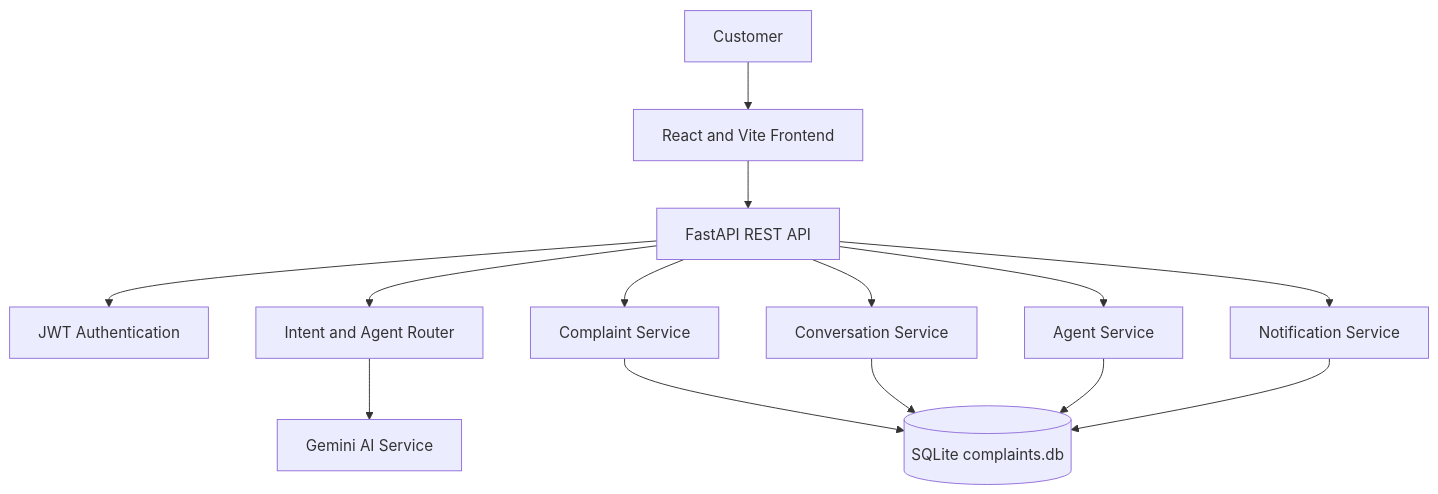
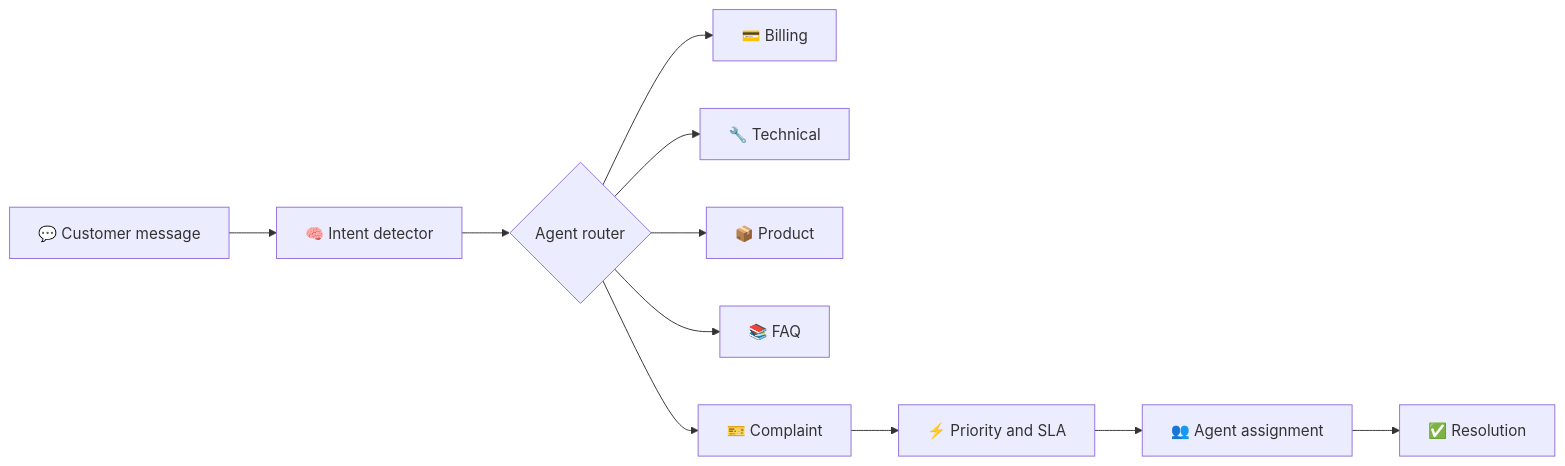
The diagram in README.md (kalavanthulasekhar/customer-support-ai), drawn with Mermaid before and after one commit. The commit also changed other lines of this file, not shown here.

````diff
--- a/README.md
+++ b/README.md
@@ -65,16 +39,13 @@
 ```mermaid
-flowchart TD
-    Customer[Customer] --> Frontend[React and Vite Frontend]
-    Frontend --> API[FastAPI REST API]
-    API --> Auth[JWT Authentication]
-    API --> Router[Intent and Agent Router]
-    Router --> Gemini[Gemini AI Service]
-    API --> Complaint[Complaint Service]
-    API --> Conversation[Conversation Service]
-    API --> Agents[Agent Service]
-    API --> Notifications[Notification Service]
-    Complaint --> Database[(SQLite complaints.db)]
-    Conversation --> Database
-    Agents --> Database
-    Notifications --> Database
+flowchart LR
+    A[💬 Customer message] --> B[🧠 Intent detector]
+    B --> C{Agent router}
+    C --> D[💳 Billing]
+    C --> E[🔧 Technical]
+    C --> F[📦 Product]
+    C --> G[📚 FAQ]
+    C --> H[🎫 Complaint]
+    H --> I[⚡ Priority and SLA]
+    I --> J[👥 Agent assignment]
+    J --> K[✅ Resolution]
 ```
````
